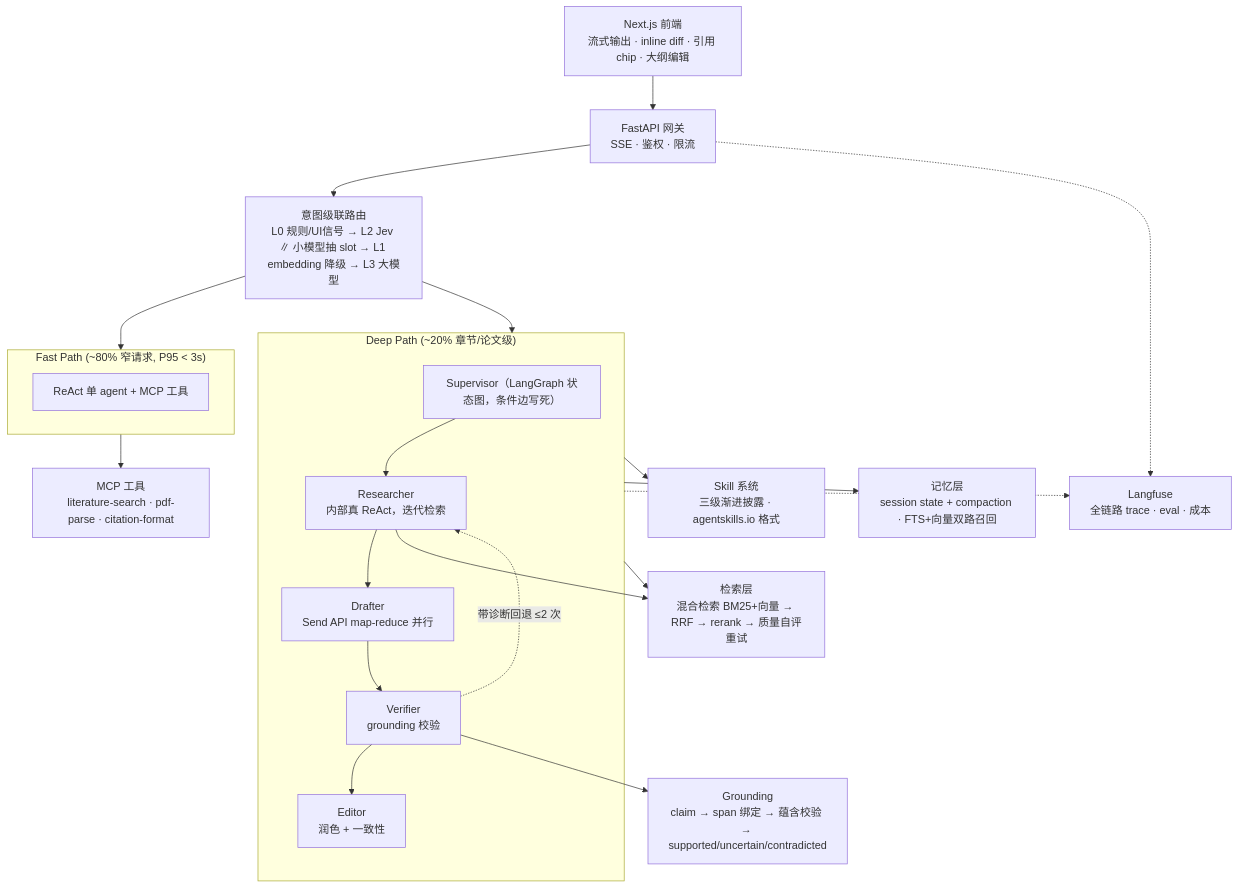
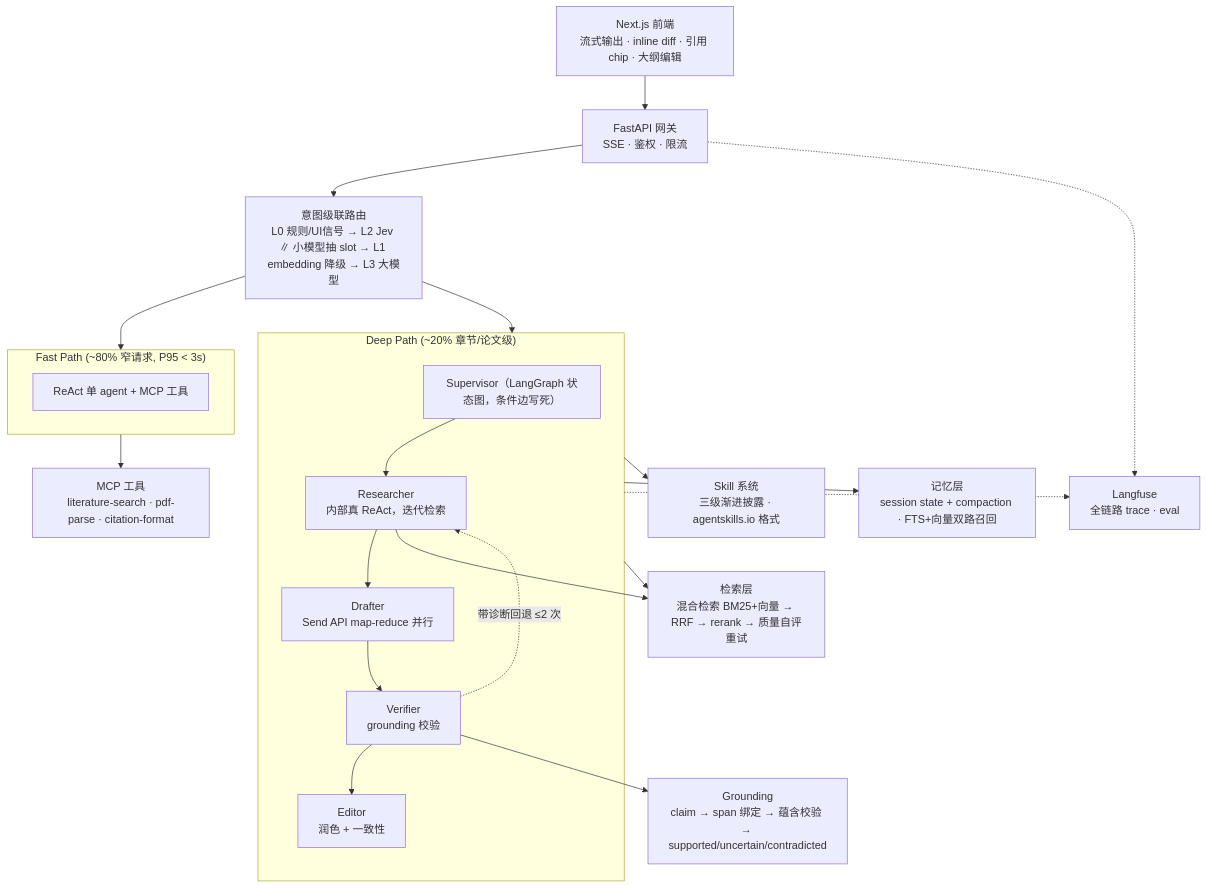
The diagram in README.md (kjhchouch/Academic-Research-Copilot), drawn with Mermaid before and after one commit. The commit also changed other lines of this file and 4 other files, not shown here.

````diff
--- a/README.md
+++ b/README.md
@@ -14,39 +14,39 @@
 ```mermaid
 graph TD
     UI["Next.js 前端<br/>流式输出 · inline diff · 引用 chip · 大纲编辑"]
     GW["FastAPI 网关<br/>SSE · 鉴权 · 限流"]
     RT["意图级联路由<br/>L0 规则/UI信号 → L2 Jev ∥ 小模型抽 slot → L1 embedding 降级 → L3 大模型"]
 
     subgraph Fast["Fast Path (~80% 窄请求, P95 &lt; 3s)"]
         REACT["ReAct 单 agent + MCP 工具"]
     end
 
     subgraph Deep["Deep Path (~20% 章节/论文级)"]
         SUP["Supervisor（LangGraph 状态图，条件边写死）"]
         RES["Researcher<br/>内部真 ReAct，迭代检索"]
         DRF["Drafter<br/>Send API map-reduce 并行"]
         VRF["Verifier<br/>grounding 校验"]
         EDT["Editor<br/>润色 + 一致性"]
         SUP --> RES --> DRF --> VRF --> EDT
         VRF -. "带诊断回退 ≤2 次" .-> RES
     end
 
     RAG["检索层<br/>混合检索 BM25+向量 → RRF → rerank → 质量自评重试"]
     GND["Grounding<br/>claim → span 绑定 → 蕴含校验 → supported/uncertain/contradicted"]
     SK["Skill 系统<br/>三级渐进披露 · agentskills.io 格式"]
     MCP["MCP 工具<br/>literature-search · pdf-parse · citation-format"]
     MEM["记忆层<br/>session state + compaction · FTS+向量双路召回"]
-    OBS["Langfuse<br/>全链路 trace · eval · 成本"]
+    OBS["Langfuse<br/>全链路 trace · eval"]
 
     UI --> GW --> RT
     RT --> Fast
     RT --> Deep
     Fast --> MCP
     Deep --> RAG
     VRF --> GND
     RES --> RAG
     Deep --> SK
     Deep --> MEM
     GW -.-> OBS
     Deep -.-> OBS
 ```
````
